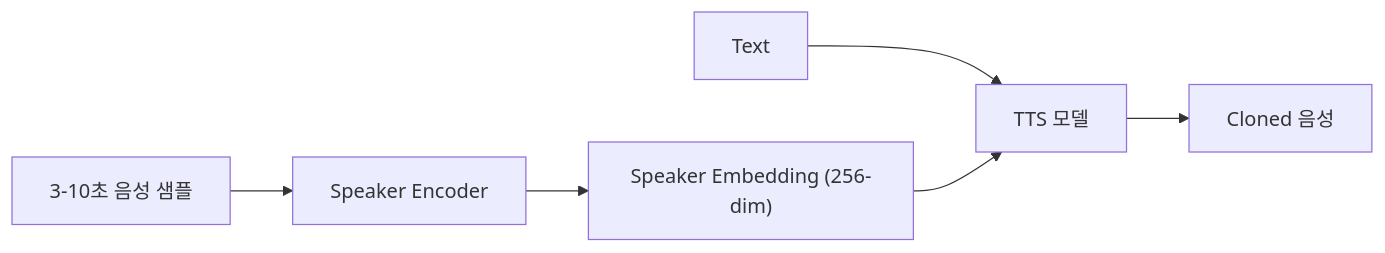
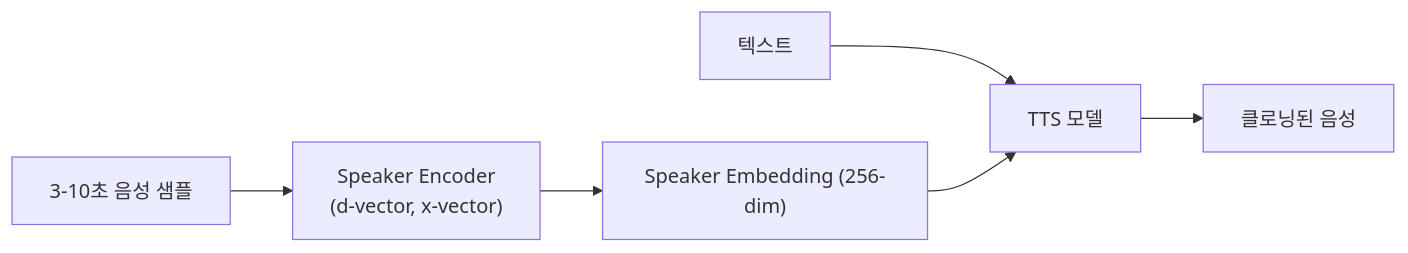
One commit to shinkeonkim/shinkeonkim.github.io changed the fifth of 5 diagrams in src/content/wiki/voice/tts-models-overview.mdx. Above: the diagram before and after it, drawn with Mermaid. The commit also changed other lines of this file and 526 other files, not shown here.

First line of the commit message:
content(wiki): 전수조사 및 대규모 보강 (짧은 파일 0, mermaid +645)

````diff
--- a/src/content/wiki/voice/tts-models-overview.mdx
+++ b/src/content/wiki/voice/tts-models-overview.mdx
@@ -134,8 +233,8 @@
 ```mermaid
 flowchart LR
-    Sample["3-10초 음성 샘플"] --> Encoder[Speaker Encoder]
+    Sample["3-10초 음성 샘플"] --> Encoder["Speaker Encoder\n(d-vector, x-vector)"]
     Encoder --> Embed["Speaker Embedding (256-dim)"]
-    Text --> TTS[TTS 모델]
+    Text["텍스트"] --> TTS["TTS 모델"]
     Embed --> TTS
-    TTS --> Output["Cloned 음성"]
+    TTS --> Output["클로닝된 음성"]
 ```
````
